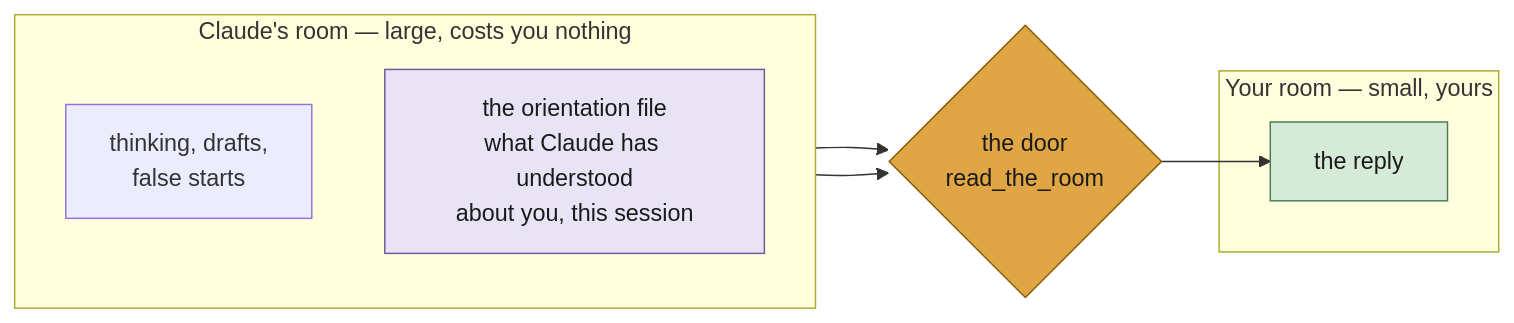
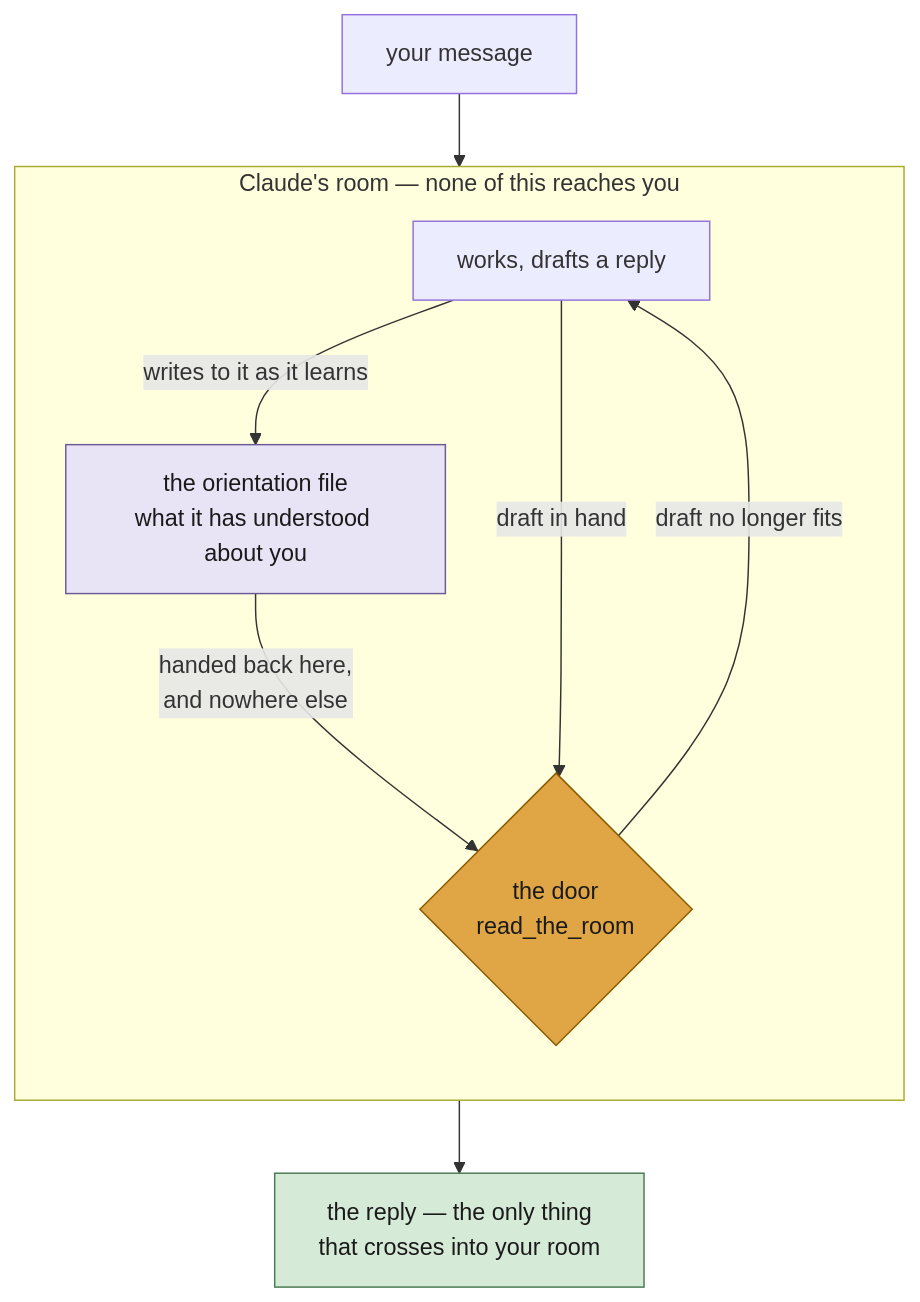
The diagram in README.md (hackerbara/read-the-room), drawn with Mermaid before and after one commit. The commit also changed other lines of this file, not shown here.

Commit message:
Show the orientation file's write and read paths in the opening diagram
The first version drew the file as a static box feeding the door, which said
nothing about how it comes to exist. The file is written continuously as
Claude works and read at exactly one moment - the door - and that asymmetry
is the mechanism.

Now shows: the write edge from the work, the read edge into the door, the
revision loop back when the draft no longer fits, and the boundary that only
the reply crosses.

Claude-Session: https://claude.ai/code/session_01QGiebpRjmtaFCEtmAZ2ier

````diff
--- a/README.md
+++ b/README.md
@@ -13,18 +13,21 @@
 ```mermaid
-flowchart LR
-    subgraph CR["Claude's room — large, costs you nothing"]
+flowchart TD
+    M["your message"] --> W
+
+    subgraph CR["Claude's room — none of this reaches you"]
         direction TB
-        W["thinking, drafts,<br/>false starts"]
-        N["the orientation file<br/>what Claude has understood<br/>about you, this session"]
+        W["works, drafts a reply"]
+        F["the orientation file<br/>what it has understood about you"]
+        D{"the door<br/>read_the_room"}
+        W -->|"writes to it as it learns"| F
+        F -->|"handed back here,<br/>and nowhere else"| D
+        W -->|"draft in hand"| D
+        D -->|"draft no longer fits"| W
     end
-    subgraph YR["Your room — small, yours"]
-        R["the reply"]
-    end
-    W --> D{"the door<br/>read_the_room"}
-    N --> D
-    D --> R
 
-    style N fill:#e8e3f5,stroke:#6b5b95,color:#1a1a1a
+    D --> R["the reply — the only thing<br/>that crosses into your room"]
+
+    style F fill:#e8e3f5,stroke:#6b5b95,color:#1a1a1a
     style D fill:#e0a544,stroke:#8a5a00,color:#1a1a1a
     style R fill:#d6ead8,stroke:#4a7a52,color:#1a1a1a
 ```
````
